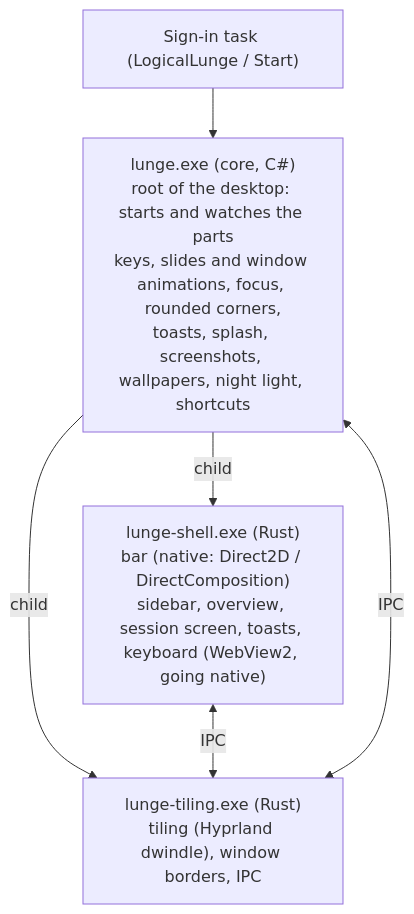
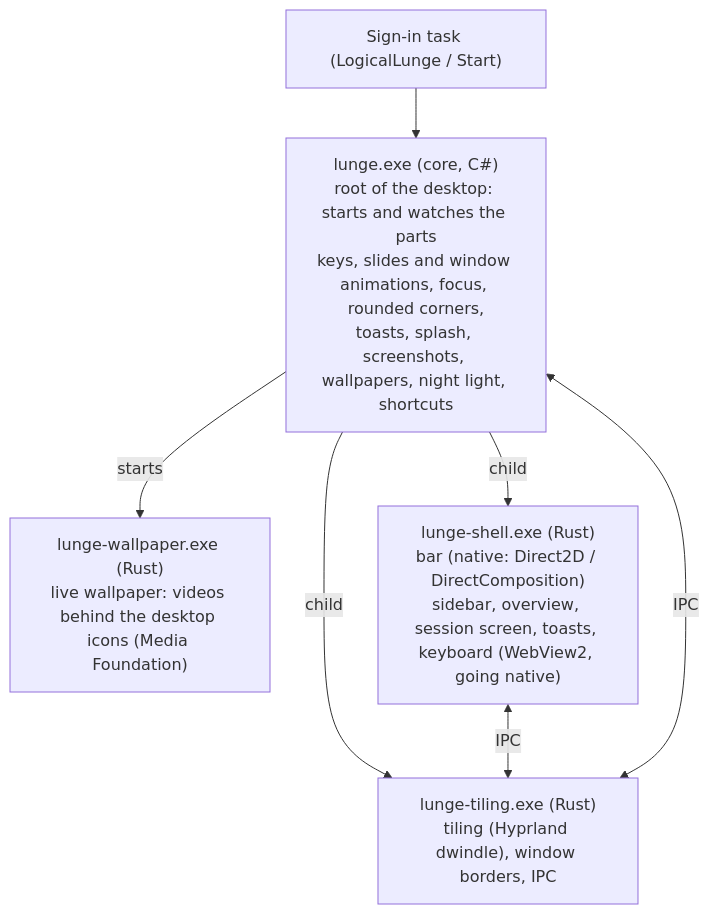
Before and after one commit to KaanAlper/logical-lunge: the diagram in README.md, drawn with Mermaid. The commit also changed other lines of this file and 1 other file, not shown here.

First line of the commit message:
feat: install and stop the live wallpaper player

````diff
--- a/README.md
+++ b/README.md
@@ -165,9 +166,10 @@
 ```mermaid
 flowchart TD
   task["Sign-in task (LogicalLunge / Start)"] --> core
   core["lunge.exe (core, C#)<br/>root of the desktop: starts and watches the parts<br/>keys, slides and window animations, focus, rounded corners,<br/>toasts, splash, screenshots, wallpapers, night light, shortcuts"]
   core -- child --> tiling["lunge-tiling.exe (Rust)<br/>tiling (Hyprland dwindle), window borders, IPC"]
+  core -- starts --> live["lunge-wallpaper.exe (Rust)<br/>live wallpaper: videos behind the desktop icons (Media Foundation)"]
   core -- child --> shell["lunge-shell.exe (Rust)<br/>bar (native: Direct2D / DirectComposition)<br/>sidebar, overview, session screen, toasts, keyboard (WebView2, going native)"]
   shell <-- IPC --> tiling
   core <-- IPC --> tiling
 ```
````
